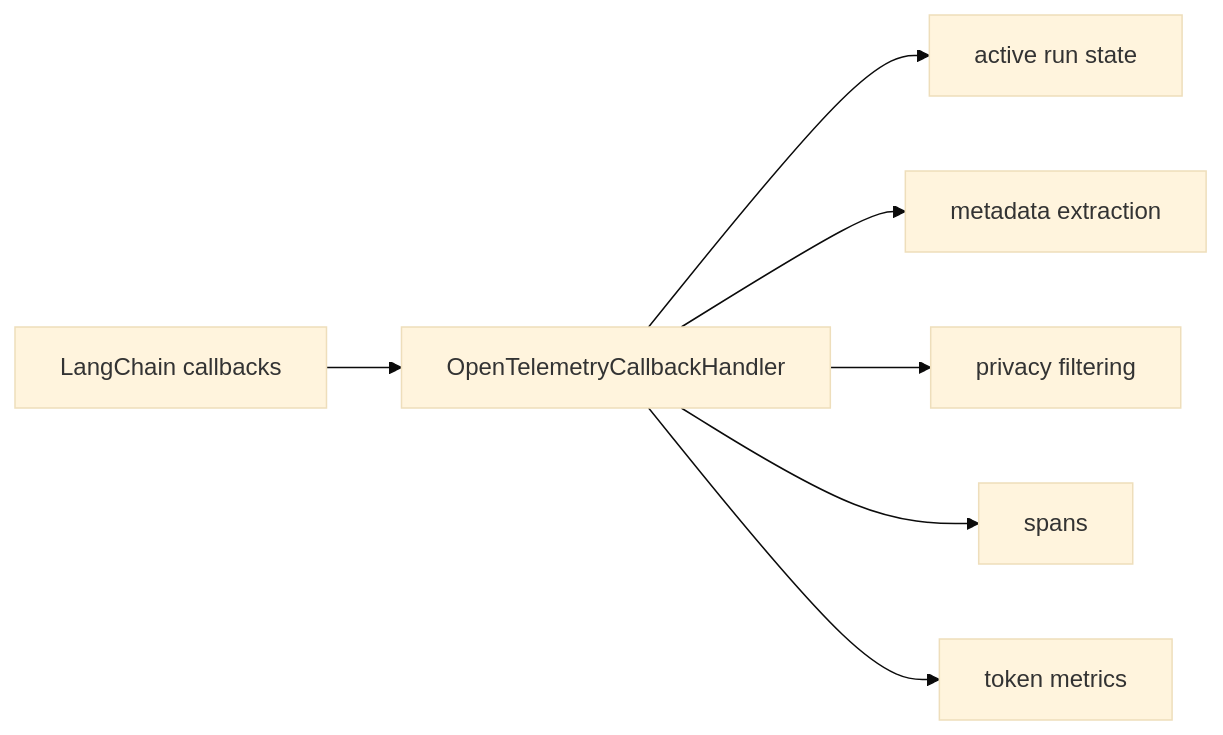
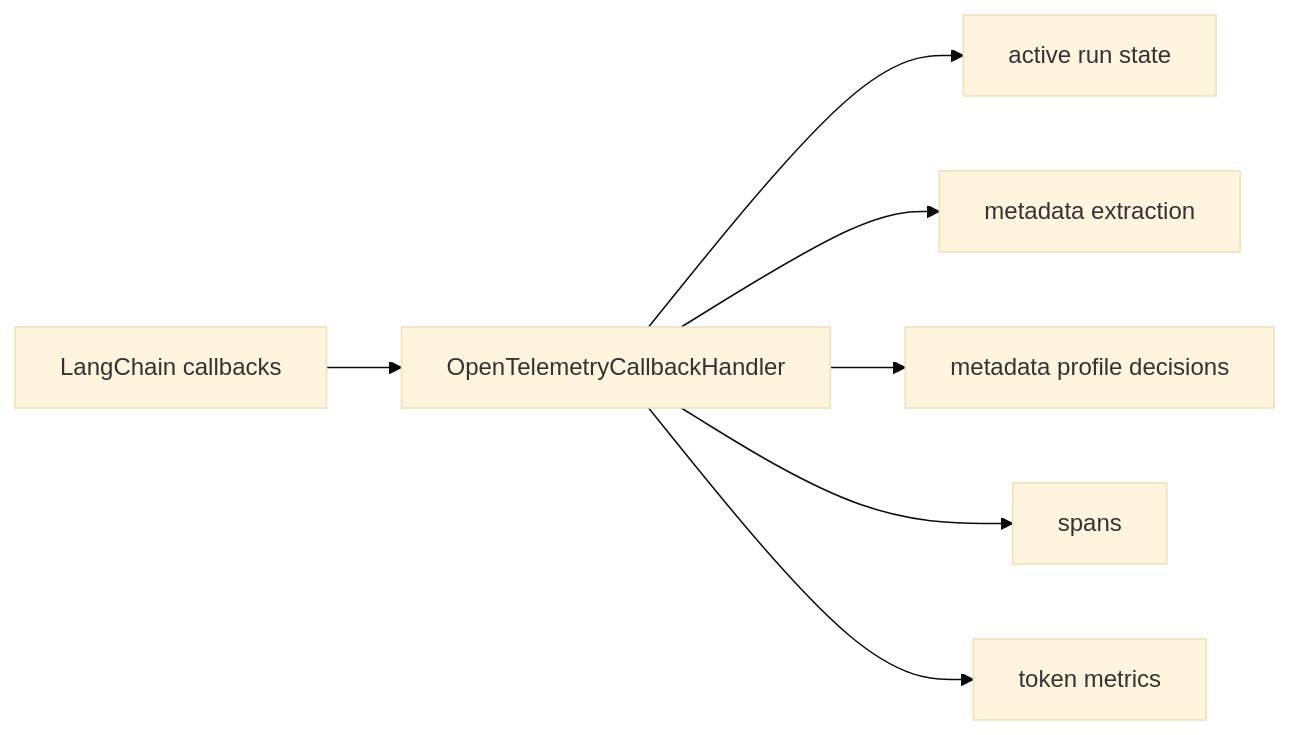
One commit to tihaya-anon/teach-everything changed the seventh of 10 diagrams in docs/architecture/agent-run-diagnosis-review.md. Above: the diagram before and after it, drawn with Mermaid (base theme). The commit also changed other lines of this file and 4 other files, not shown here.

````diff
--- a/docs/architecture/agent-run-diagnosis-review.md
+++ b/docs/architecture/agent-run-diagnosis-review.md
@@ -203,9 +205,9 @@
 ```mermaid
 flowchart LR
   LC[LangChain callbacks] --> Handler[OpenTelemetryCallbackHandler]
   Handler --> State[active run state]
   Handler --> Extract[metadata extraction]
-  Handler --> Privacy[privacy filtering]
+  Handler --> Profile[metadata profile decisions]
   Handler --> Spans[spans]
   Handler --> Metrics[token metrics]
 ```
````
